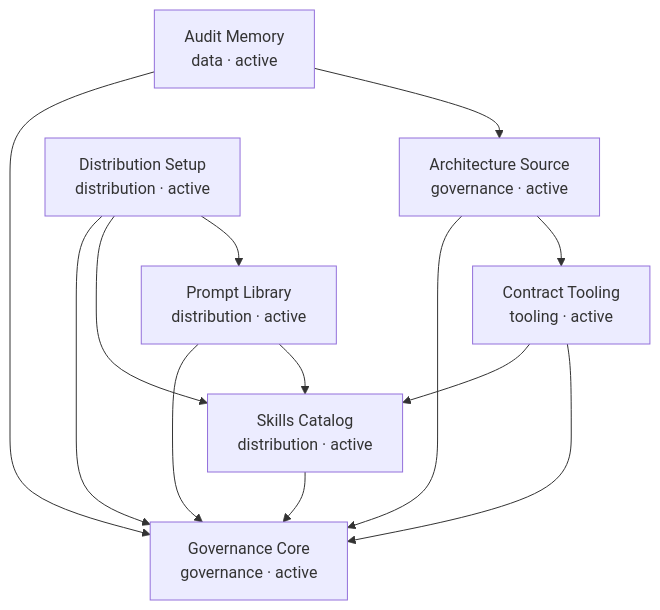
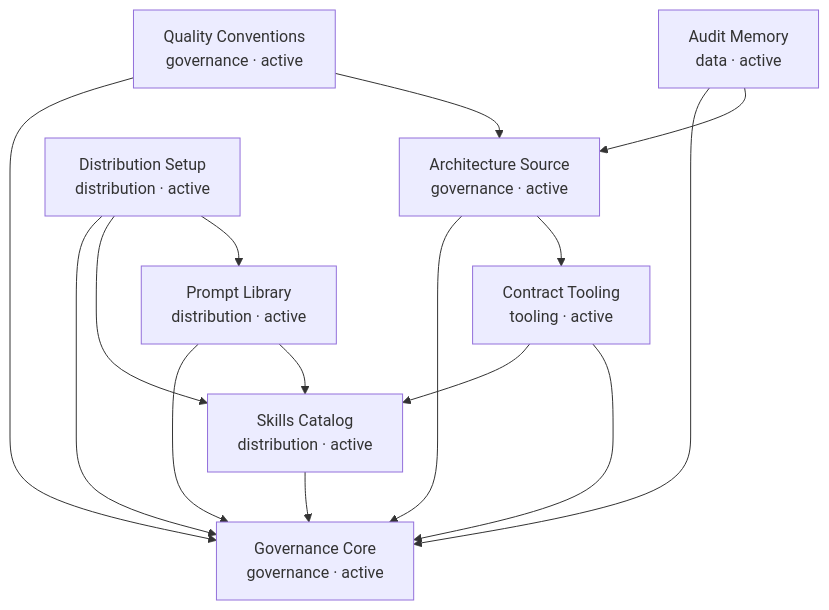
The diagram in docs/RELATIONS.md (Bricesodini/vibebackbone), drawn with Mermaid before and after one commit. The commit also changed other lines of this file and 11 other files, not shown here.

First line of the commit message:
docs: integrate quality conventions (readability, modularity, coherence)

````diff
--- a/docs/RELATIONS.md
+++ b/docs/RELATIONS.md
@@ -15,22 +15,25 @@
 ```mermaid
 graph TD
   governance-core["Governance Core<br/>governance · active"]
   skills-catalog["Skills Catalog<br/>distribution · active"]
   prompt-library["Prompt Library<br/>distribution · active"]
   contract-tooling["Contract Tooling<br/>tooling · active"]
   architecture-source["Architecture Source<br/>governance · active"]
   distribution-setup["Distribution Setup<br/>distribution · active"]
+  quality-conventions["Quality Conventions<br/>governance · active"]
   audit-memory["Audit Memory<br/>data · active"]
   skills-catalog --> governance-core
   prompt-library --> governance-core
   prompt-library --> skills-catalog
   contract-tooling --> skills-catalog
   contract-tooling --> governance-core
   architecture-source --> governance-core
   architecture-source --> contract-tooling
   distribution-setup --> governance-core
   distribution-setup --> skills-catalog
   distribution-setup --> prompt-library
+  quality-conventions --> governance-core
+  quality-conventions --> architecture-source
   audit-memory --> governance-core
   audit-memory --> architecture-source
 ```
````
